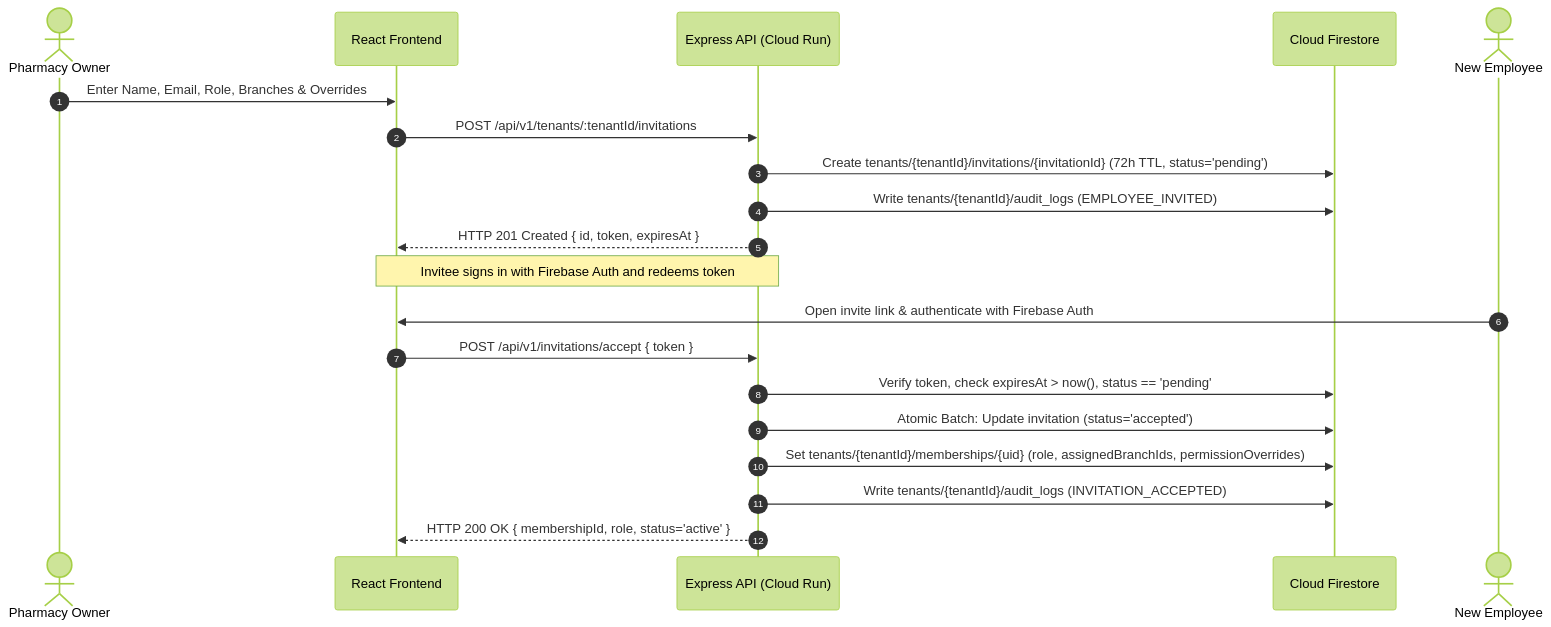
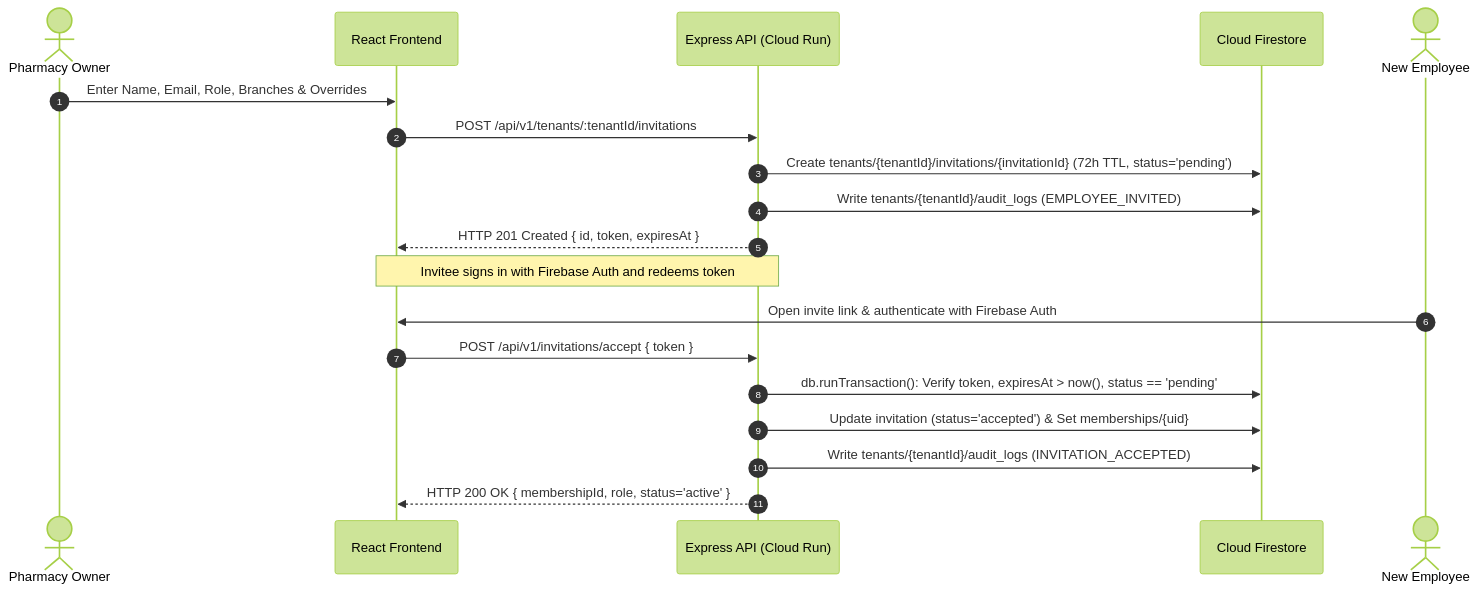
Before and after one commit to dhandesaurav37/pharmadesk: the second of 4 diagrams in docs/business-workflows.md, drawn with Mermaid (forest theme). The commit also changed other lines of this file and 70 other files, not shown here.

````diff
--- a/docs/business-workflows.md
+++ b/docs/business-workflows.md
@@ -43,24 +43,23 @@
 ```mermaid
 sequenceDiagram
     autonumber
     actor Owner as Pharmacy Owner
     participant App as React Frontend
     participant API as Express API (Cloud Run)
     participant FS as Cloud Firestore
 
     Owner->>App: Enter Name, Email, Role, Branches & Overrides
     App->>API: POST /api/v1/tenants/:tenantId/invitations
     API->>FS: Create tenants/{tenantId}/invitations/{invitationId} (72h TTL, status='pending')
     API->>FS: Write tenants/{tenantId}/audit_logs (EMPLOYEE_INVITED)
     API-->>App: HTTP 201 Created { id, token, expiresAt }
 
     Note over App,API: Invitee signs in with Firebase Auth and redeems token
     actor Invitee as New Employee
     Invitee->>App: Open invite link & authenticate with Firebase Auth
     App->>API: POST /api/v1/invitations/accept { token }
-    API->>FS: Verify token, check expiresAt > now(), status == 'pending'
-    API->>FS: Atomic Batch: Update invitation (status='accepted')
-    API->>FS: Set tenants/{tenantId}/memberships/{uid} (role, assignedBranchIds, permissionOverrides)
+    API->>FS: db.runTransaction(): Verify token, expiresAt > now(), status == 'pending'
+    API->>FS: Update invitation (status='accepted') & Set memberships/{uid}
     API->>FS: Write tenants/{tenantId}/audit_logs (INVITATION_ACCEPTED)
     API-->>App: HTTP 200 OK { membershipId, role, status='active' }
 ```
````
